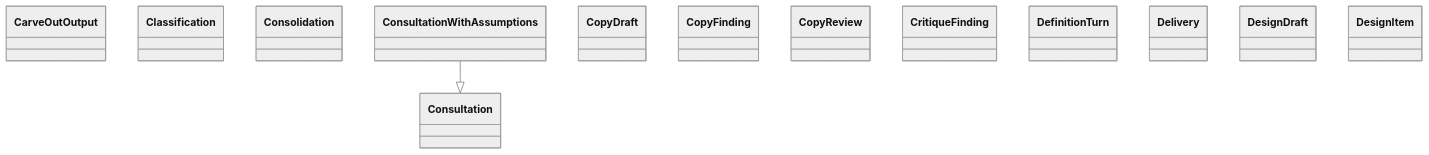
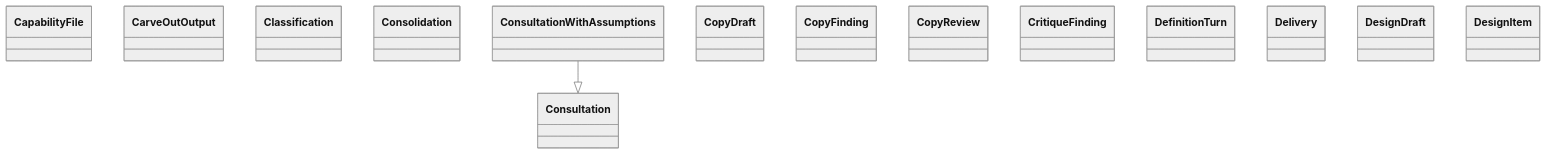
One commit to GonzaloZevallos/agentic-system changed the diagram in docs/architecture/generated/classes-process-domain-roles-2.md. Above: the diagram before and after it, drawn with Mermaid (neutral theme). The commit also changed 22 other files, not shown here.

Commit message:
Regenerate the architecture docs after merging master

````diff
--- a/docs/architecture/generated/classes-process-domain-roles-2.md
+++ b/docs/architecture/generated/classes-process-domain-roles-2.md
@@ -30,17 +30,18 @@
 ```mermaid
 classDiagram
+    class schemas__CapabilityFile["CapabilityFile"]
     class schemas__CarveOutOutput["CarveOutOutput"]
     class schemas__Classification["Classification"]
     class schemas__Consolidation["Consolidation"]
     class schemas__Consultation["Consultation"]
     class schemas__ConsultationWithAssumptions["ConsultationWithAssumptions"]
     class schemas__CopyDraft["CopyDraft"]
     class schemas__CopyFinding["CopyFinding"]
     class schemas__CopyReview["CopyReview"]
     class schemas__CritiqueFinding["CritiqueFinding"]
     class schemas__DefinitionTurn["DefinitionTurn"]
     class schemas__Delivery["Delivery"]
     class schemas__DesignDraft["DesignDraft"]
     class schemas__DesignItem["DesignItem"]
     schemas__ConsultationWithAssumptions --|> schemas__Consultation
 ```
````
